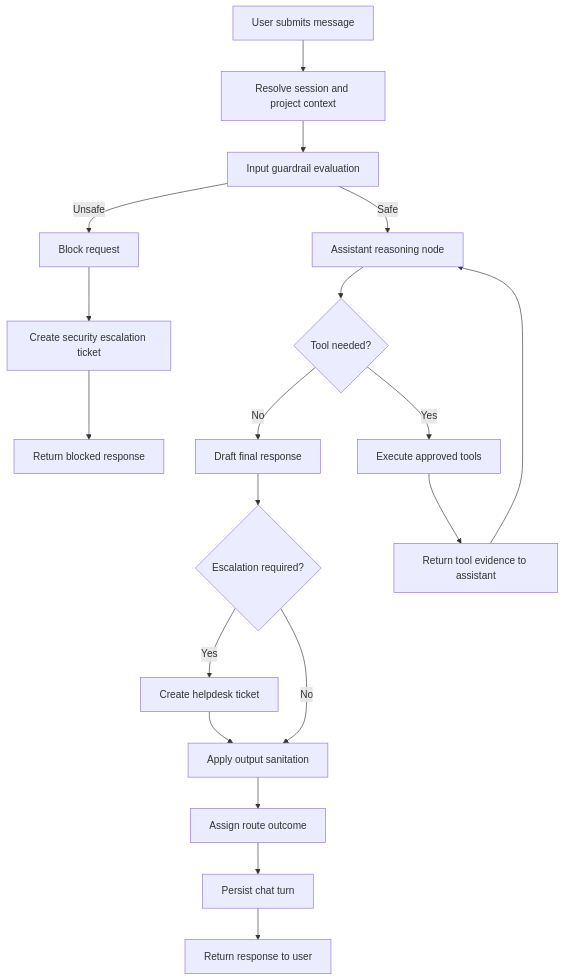
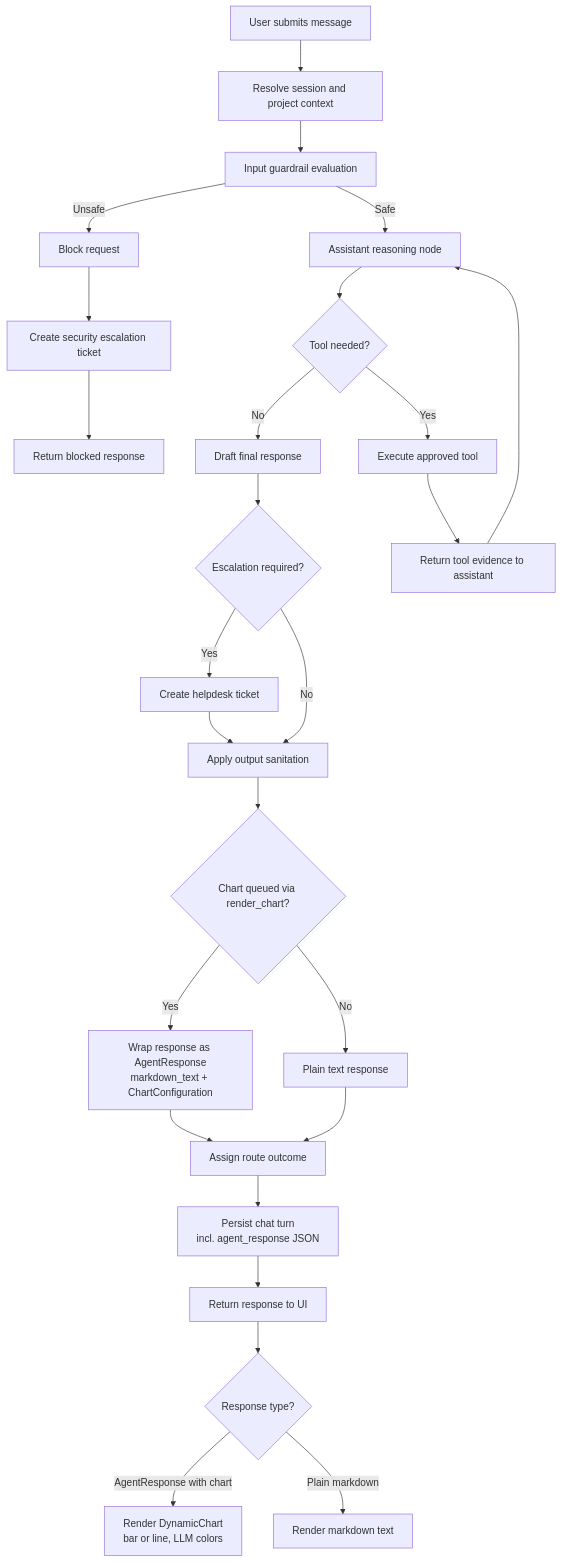
One commit to TDhakad/ITS-v2 changed the first of 2 diagrams in docs/ai-assistant-workflow.md. Above: the diagram before and after it, drawn with Mermaid. The commit also changed other lines of this file, not shown here.

Commit message:
docs: update mermaid flows to reflect render_chart and AgentResponse pipeline

````diff
--- a/docs/ai-assistant-workflow.md
+++ b/docs/ai-assistant-workflow.md
@@ -147,23 +147,30 @@
 ```mermaid
 flowchart TD
     A[User submits message] --> B[Resolve session and project context]
     B --> C[Input guardrail evaluation]
     C -->|Unsafe| D[Block request]
     D --> E[Create security escalation ticket]
     E --> F[Return blocked response]
 
     C -->|Safe| G[Assistant reasoning node]
     G --> H{Tool needed?}
     H -->|No| I[Draft final response]
-    H -->|Yes| J[Execute approved tools]
+    H -->|Yes| J[Execute approved tool]
     J --> K[Return tool evidence to assistant]
     K --> G
 
     I --> L{Escalation required?}
     L -->|Yes| M[Create helpdesk ticket]
     L -->|No| N[Apply output sanitation]
     M --> N
-    N --> O[Assign route outcome]
-    O --> P[Persist chat turn]
-    P --> Q[Return response to user]
+    N --> O{Chart queued via render_chart?}
+    O -->|Yes| P[Wrap response as AgentResponse\nmarkdown_text + ChartConfiguration]
+    O -->|No| Q[Plain text response]
+    P --> R[Assign route outcome]
+    Q --> R
+    R --> S[Persist chat turn\nincl. agent_response JSON]
+    S --> T[Return response to UI]
+    T --> U{Response type?}
+    U -->|AgentResponse with chart| V[Render DynamicChart\nbar or line, LLM colors]
+    U -->|Plain markdown| W[Render markdown text]
 ```
````
